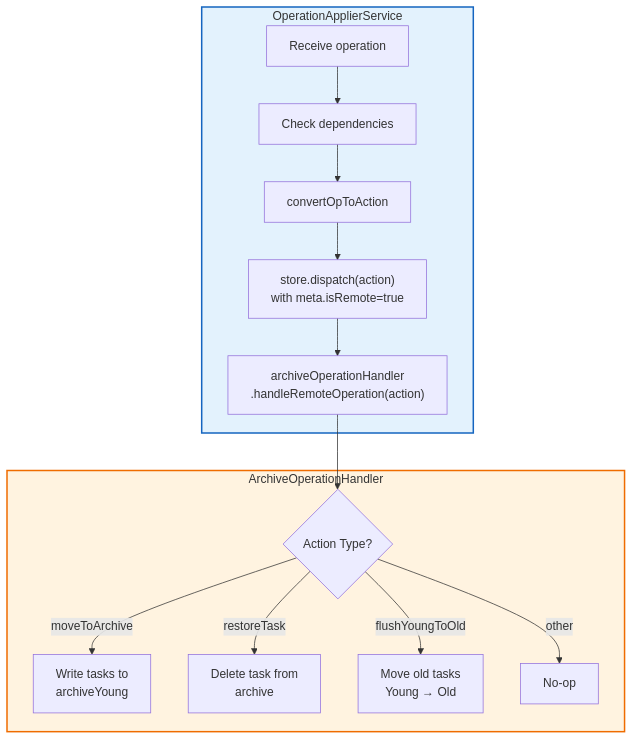
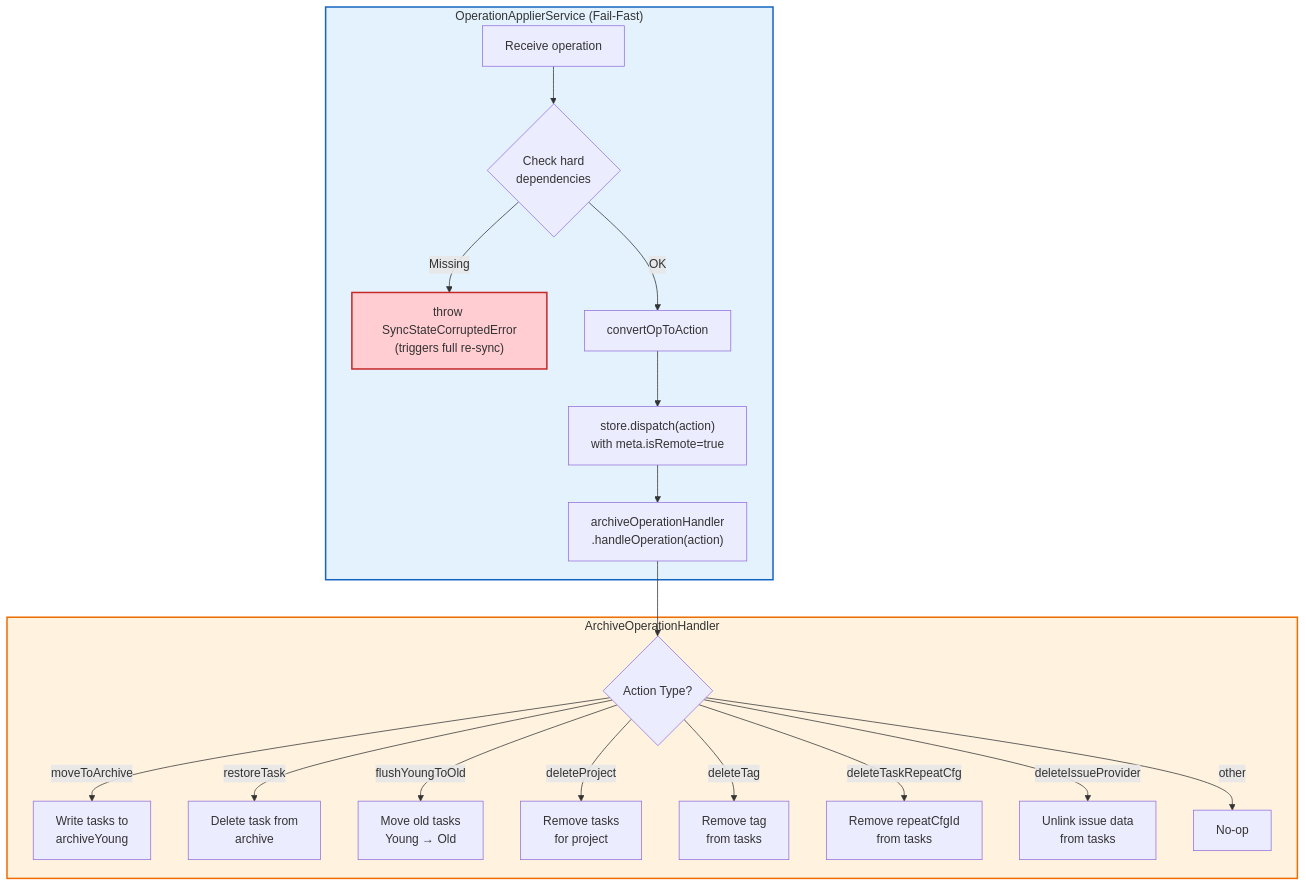
Before and after one commit to johannesjo/super-productivity: diagram 19 of 19 in src/app/core/persistence/operation-log/docs/operation-log-architecture-diagrams.md, drawn with Mermaid. The commit also changed 14 other files, not shown here.

First line of the commit message:
refactor(sync): unify archive operation handling

````diff
--- a/src/app/core/persistence/operation-log/docs/operation-log-architecture-diagrams.md
+++ b/src/app/core/persistence/operation-log/docs/operation-log-architecture-diagrams.md
@@ -840,22 +840,28 @@
 ```mermaid
 flowchart TD
-    subgraph OperationApplierService["OperationApplierService"]
-        OA1[Receive operation] --> OA2[Check dependencies]
-        OA2 --> OA3[convertOpToAction]
+    subgraph OperationApplierService["OperationApplierService (Fail-Fast)"]
+        OA1[Receive operation] --> OA2{Check hard<br/>dependencies}
+        OA2 -->|Missing| OA_ERR["throw SyncStateCorruptedError<br/>(triggers full re-sync)"]
+        OA2 -->|OK| OA3[convertOpToAction]
         OA3 --> OA4["store.dispatch(action)<br/>with meta.isRemote=true"]
-        OA4 --> OA5["archiveOperationHandler<br/>.handleRemoteOperation(action)"]
+        OA4 --> OA5["archiveOperationHandler<br/>.handleOperation(action)"]
     end
 
     subgraph Handler["ArchiveOperationHandler"]
         H1{Action Type?}
         H1 -->|moveToArchive| H2[Write tasks to<br/>archiveYoung]
         H1 -->|restoreTask| H3[Delete task from<br/>archive]
         H1 -->|flushYoungToOld| H4[Move old tasks<br/>Young → Old]
-        H1 -->|other| H5[No-op]
+        H1 -->|deleteProject| H5[Remove tasks<br/>for project]
+        H1 -->|deleteTag| H6[Remove tag<br/>from tasks]
+        H1 -->|deleteTaskRepeatCfg| H7[Remove repeatCfgId<br/>from tasks]
+        H1 -->|deleteIssueProvider| H8[Unlink issue data<br/>from tasks]
+        H1 -->|other| H9[No-op]
     end
 
     OA5 --> H1
 
     style OperationApplierService fill:#e3f2fd,stroke:#1565c0,stroke-width:2px
     style Handler fill:#fff3e0,stroke:#ef6c00,stroke-width:2px
+    style OA_ERR fill:#ffcdd2,stroke:#c62828,stroke-width:2px
 ```
````
